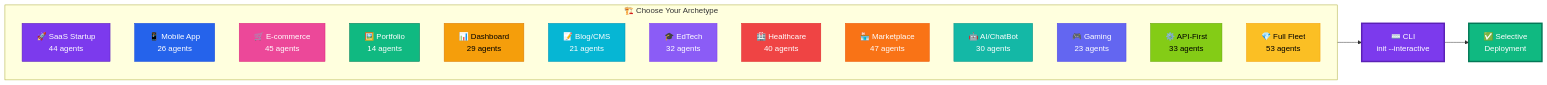
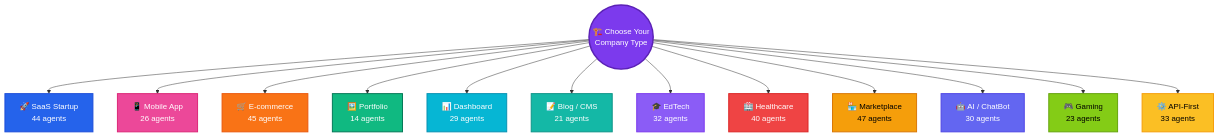
The sixth of 7 diagrams in README.md (Ab-aswini/Agent-kit-P1), drawn with Mermaid before and after one commit. The commit also changed other lines of this file and 52 other files, not shown here.

````diff
--- a/README.md
+++ b/README.md
@@ -409,40 +629,31 @@
 ```mermaid
 %%{init: {'theme': 'default'}}%%
 
-flowchart LR
-  subgraph SELECT["🏗️ Choose Your Archetype"]
-    direction TB
-    A1["🚀 SaaS Startup<br/>44 agents"]
-    A2["📱 Mobile App<br/>26 agents"]
-    A3["🛒 E-commerce<br/>45 agents"]
-    A4["🖼️ Portfolio<br/>14 agents"]
-    A5["📊 Dashboard<br/>29 agents"]
-    A6["📝 Blog/CMS<br/>21 agents"]
-    A7["🎓 EdTech<br/>32 agents"]
-    A8["🏥 Healthcare<br/>40 agents"]
-    A9["🏪 Marketplace<br/>47 agents"]
-    A10["🤖 AI/ChatBot<br/>30 agents"]
-    A11["🎮 Gaming<br/>23 agents"]
-    A12["⚙️ API-First<br/>33 agents"]
-    A13["💎 Full Fleet<br/>53 agents"]
-  end
+flowchart TD
+  START(("🏗️ Choose Your<br/>Company Type")) --> S["🚀 SaaS Startup<br/>44 agents"]
+  START --> M["📱 Mobile App<br/>26 agents"]
+  START --> EC["🛒 E-commerce<br/>45 agents"]
+  START --> P["🖼️ Portfolio<br/>14 agents"]
+  START --> D["📊 Dashboard<br/>29 agents"]
+  START --> B["📝 Blog / CMS<br/>21 agents"]
+  START --> ED["🎓 EdTech<br/>32 agents"]
+  START --> HC["🏥 Healthcare<br/>40 agents"]
+  START --> MP["🏪 Marketplace<br/>47 agents"]
+  START --> AI["🤖 AI / ChatBot<br/>30 agents"]
+  START --> G["🎮 Gaming<br/>23 agents"]
+  START --> API["⚙️ API-First<br/>33 agents"]
 
-  SELECT --> CLI["⌨️ CLI<br/>init --interactive"]
-  CLI --> DEPLOY["✅ Selective<br/>Deployment"]
-
-  style A1 fill:#7C3AED,color:#fff,stroke:#5B21B6
-  style A2 fill:#2563EB,color:#fff,stroke:#1D4ED8
-  style A3 fill:#EC4899,color:#fff,stroke:#DB2777
-  style A4 fill:#10B981,color:#fff,stroke:#047857
-  style A5 fill:#F59E0B,color:#000,stroke:#D97706
-  style A6 fill:#06B6D4,color:#fff,stroke:#0891B2
-  style A7 fill:#8B5CF6,color:#fff,stroke:#7C3AED
-  style A8 fill:#EF4444,color:#fff,stroke:#DC2626
-  style A9 fill:#F97316,color:#fff,stroke:#EA580C
-  style A10 fill:#14B8A6,color:#fff,stroke:#0D9488
-  style A11 fill:#6366F1,color:#fff,stroke:#4F46E5
-  style A12 fill:#84CC16,color:#000,stroke:#65A30D
-  style A13 fill:#FBBF24,color:#000,stroke:#F59E0B
-  style CLI fill:#7C3AED,color:#fff,stroke:#5B21B6,stroke-width:3px
-  style DEPLOY fill:#10B981,color:#fff,stroke:#047857,stroke-width:3px
+  style START fill:#7C3AED,stroke:#5B21B6,stroke-width:3px,color:#fff
+  style S fill:#2563EB,stroke:#1D4ED8,stroke-width:2px,color:#fff
+  style M fill:#EC4899,stroke:#DB2777,stroke-width:2px,color:#fff
+  style EC fill:#F97316,stroke:#EA580C,stroke-width:2px,color:#fff
+  style P fill:#10B981,stroke:#047857,stroke-width:2px,color:#fff
+  style D fill:#06B6D4,stroke:#0891B2,stroke-width:2px,color:#fff
+  style B fill:#14B8A6,stroke:#0D9488,stroke-width:2px,color:#fff
+  style ED fill:#8B5CF6,stroke:#7C3AED,stroke-width:2px,color:#fff
+  style HC fill:#EF4444,stroke:#DC2626,stroke-width:2px,color:#fff
+  style MP fill:#F59E0B,stroke:#D97706,stroke-width:2px,color:#000
+  style AI fill:#6366F1,stroke:#4F46E5,stroke-width:2px,color:#fff
+  style G fill:#84CC16,stroke:#65A30D,stroke-width:2px,color:#000
+  style API fill:#FBBF24,stroke:#F59E0B,stroke-width:2px,color:#000
 ```
````
